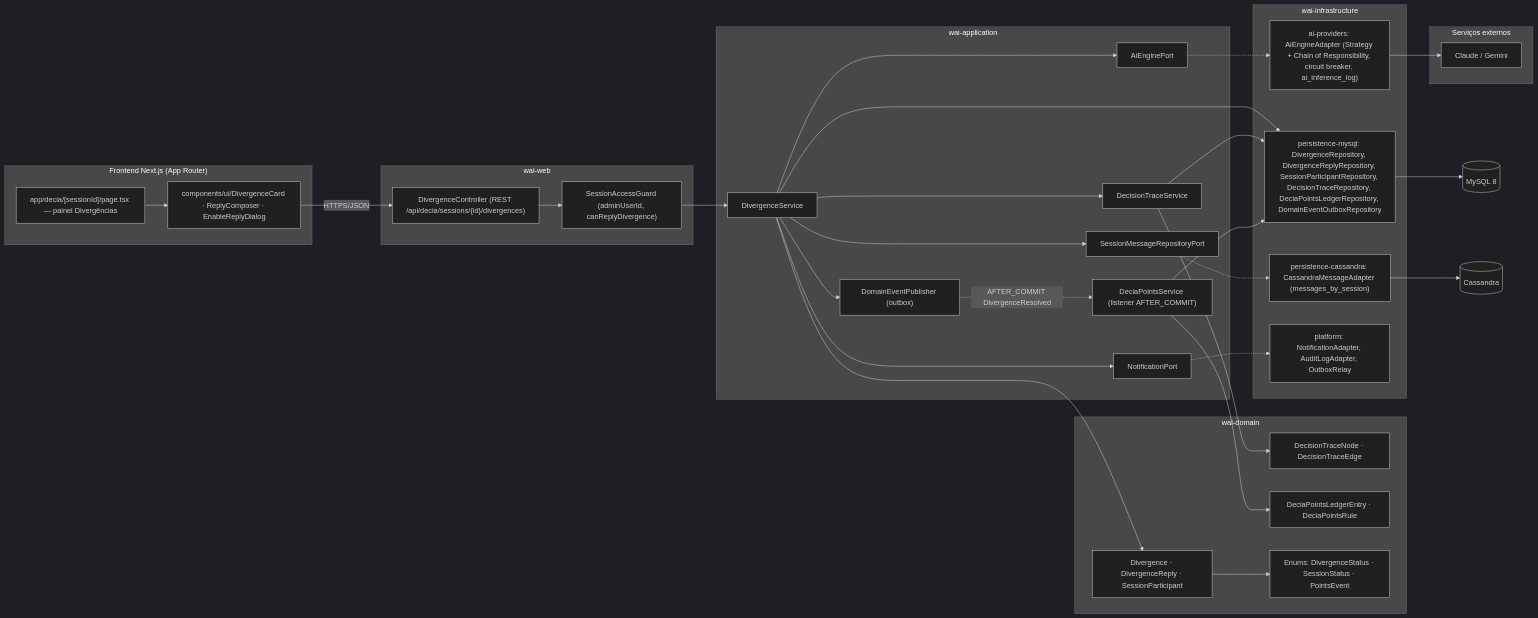
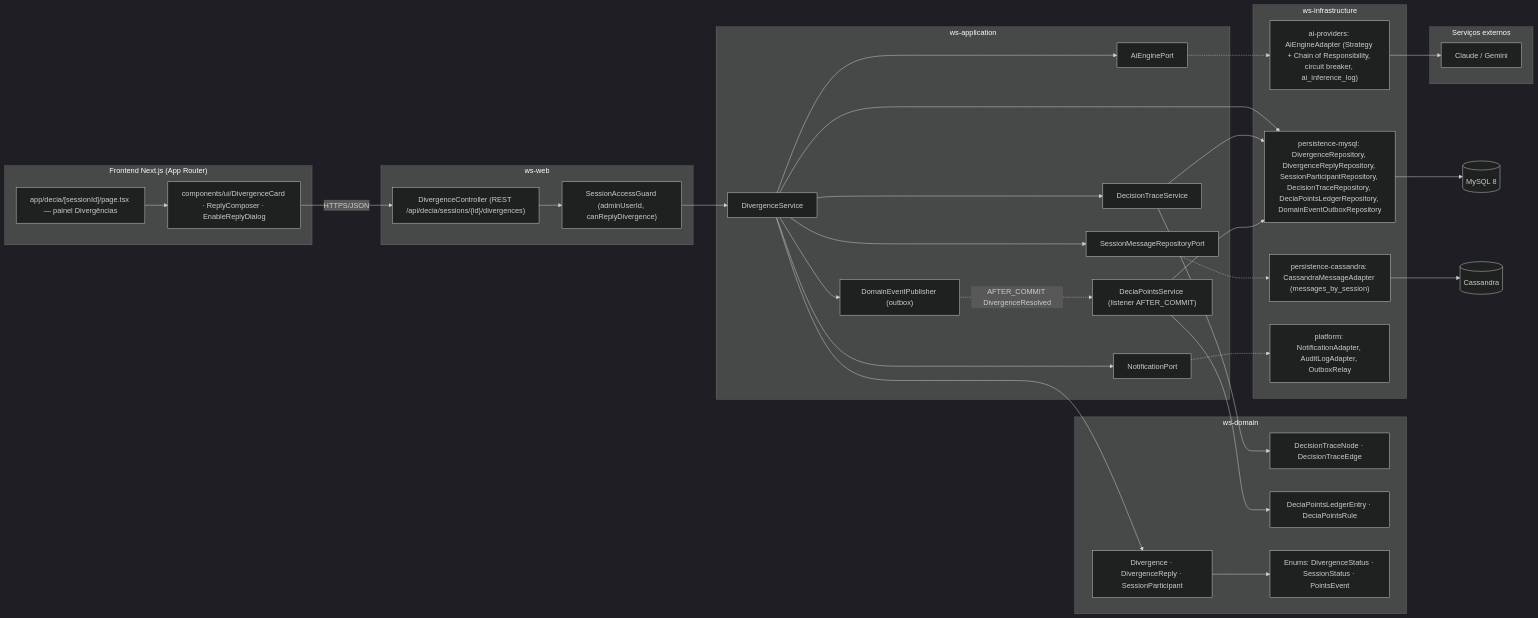
Before and after one commit to MatheusHaliski/Decia-app-2026: the fifth of 5 diagrams in docs/diagramas/RF10/README.md, drawn with Mermaid (dark theme). The commit also changed other lines of this file and 65 other files, not shown here.

First line of the commit message:
docs: renomeia o produto para Work Station (módulos ws-*), UserPreferences no diagrama v1, RF44/RF45 ajustados, design system (tokens, components.css, 66 ícones, 112 anatomias SVG, galeria e capturas) e dúvidas Q-36..Q-43

````diff
--- a/docs/diagramas/RF10/README.md
+++ b/docs/diagramas/RF10/README.md
@@ -460,66 +460,66 @@
 ```mermaid
 flowchart LR
   subgraph FE["Frontend Next.js (App Router)"]
     FE1["app/decia/[sessionId]/page.tsx — painel Divergências"]
     FE2["components/ui/DivergenceCard · ReplyComposer · EnableReplyDialog"]
   end
 
-  subgraph WEB["wai-web"]
+  subgraph WEB["ws-web"]
     W1["DivergenceController (REST /api/decia/sessions/{id}/divergences)"]
     W2["SessionAccessGuard (adminUserId, canReplyDivergence)"]
   end
 
-  subgraph APP["wai-application"]
+  subgraph APP["ws-application"]
     S1["DivergenceService"]
     S2["DecisionTraceService"]
     S3["DeciaPointsService (listener AFTER_COMMIT)"]
     P1["AiEnginePort"]
     P2["SessionMessageRepositoryPort"]
     P3["NotificationPort"]
     P4["DomainEventPublisher (outbox)"]
   end
 
-  subgraph DOM["wai-domain"]
+  subgraph DOM["ws-domain"]
     D1["Divergence · DivergenceReply · SessionParticipant"]
     D2["DecisionTraceNode · DecisionTraceEdge"]
     D3["DeciaPointsLedgerEntry · DeciaPointsRule"]
     D4["Enums: DivergenceStatus · SessionStatus · PointsEvent"]
   end
 
-  subgraph INFRA["wai-infrastructure"]
+  subgraph INFRA["ws-infrastructure"]
     I1["persistence-mysql: DivergenceRepository, DivergenceReplyRepository, SessionParticipantRepository, DecisionTraceRepository, DeciaPointsLedgerRepository, DomainEventOutboxRepository"]
     I2["persistence-cassandra: CassandraMessageAdapter (messages_by_session)"]
     I3["ai-providers: AiEngineAdapter (Strategy + Chain of Responsibility, circuit breaker, ai_inference_log)"]
     I4["platform: NotificationAdapter, AuditLogAdapter, OutboxRelay"]
   end
 
   subgraph EXT["Serviços externos"]
     X1["Claude / Gemini"]
   end
 
   MY[("MySQL 8")]
   CA[("Cassandra")]
 
   FE1 --> FE2
   FE2 -->|HTTPS/JSON| W1
   W1 --> W2 --> S1
   S1 --> S2
   S1 --> P1
   S1 --> P2
   S1 --> P3
   S1 --> P4
   P4 -.->|AFTER_COMMIT DivergenceResolved| S3
   S1 --> D1
   S2 --> D2
   S3 --> D3
   D1 --> D4
   P1 -.-> I3
   P2 -.-> I2
   P3 -.-> I4
   S1 --> I1
   S2 --> I1
   S3 --> I1
   I1 --> MY
   I2 --> CA
   I3 --> X1
 ```
````
